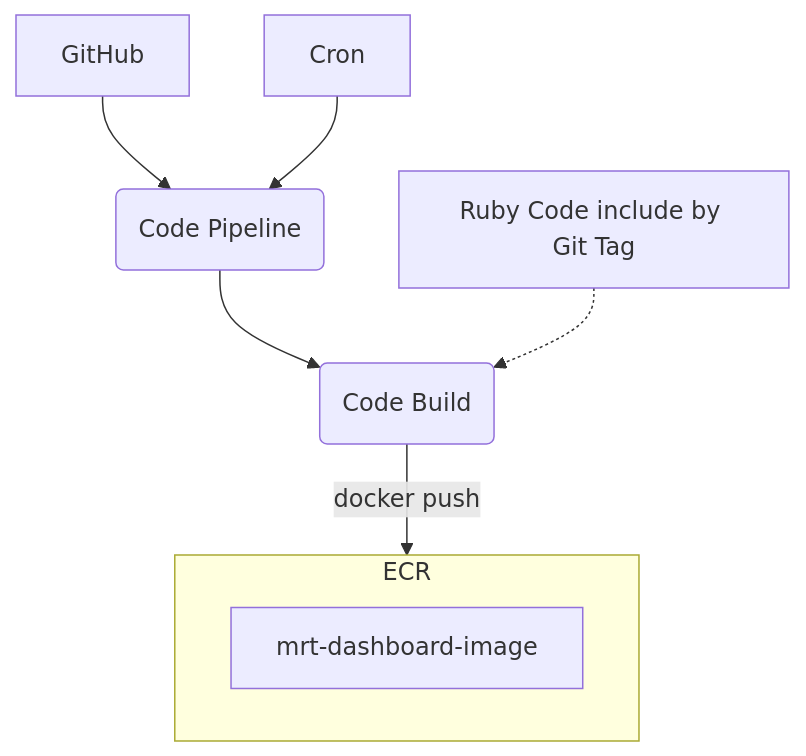
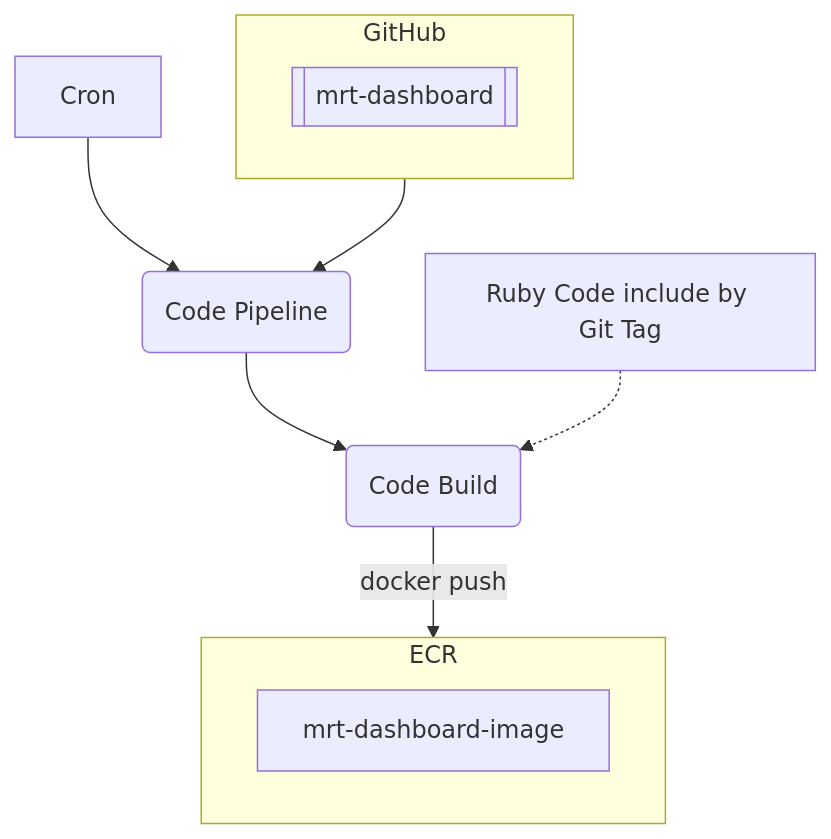
Before and after one commit to CDLUC3/mrt-doc: the seventh of 11 diagrams in design/aws-build/README.md, drawn with Mermaid. The commit also changed other lines of this file, not shown here.

````diff
--- a/design/aws-build/README.md
+++ b/design/aws-build/README.md
@@ -207,14 +217,19 @@
 ```mermaid
 graph TD
   GitHub --> Pipeline
+  subgraph GitHub
+    Repos[["`
+      mrt-dashboard
+    `"]]
+  end
   Cron --> Pipeline
   Pipeline(Code Pipeline)
   Pipeline --> Build
   Build(Code Build)
   Build --> |docker push| ECR
   subgraph ECR
     mrt-dashboard-image
   end
   Gems[Ruby Code include by Git Tag]
   Gems -.-> Build
 ```
````
